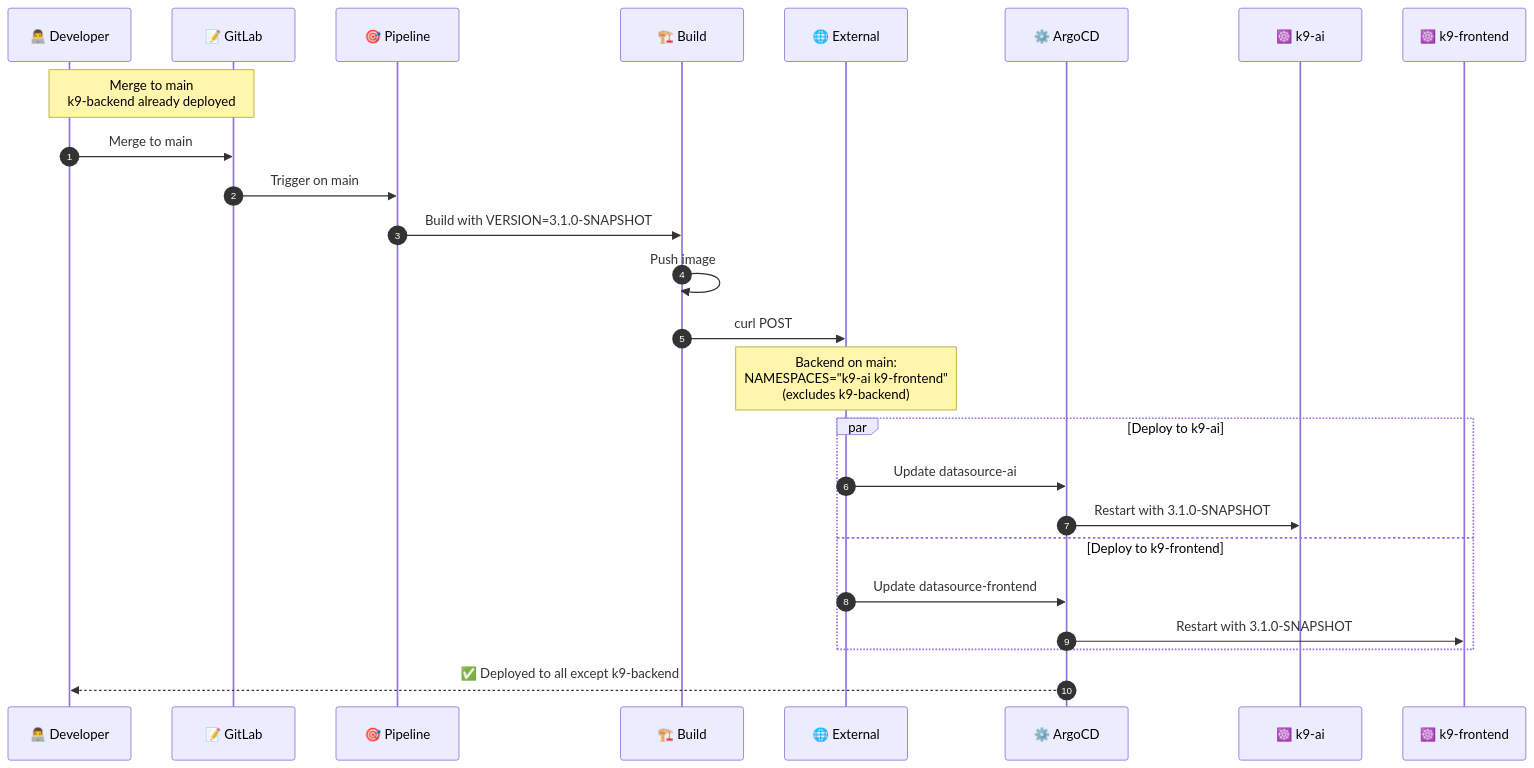
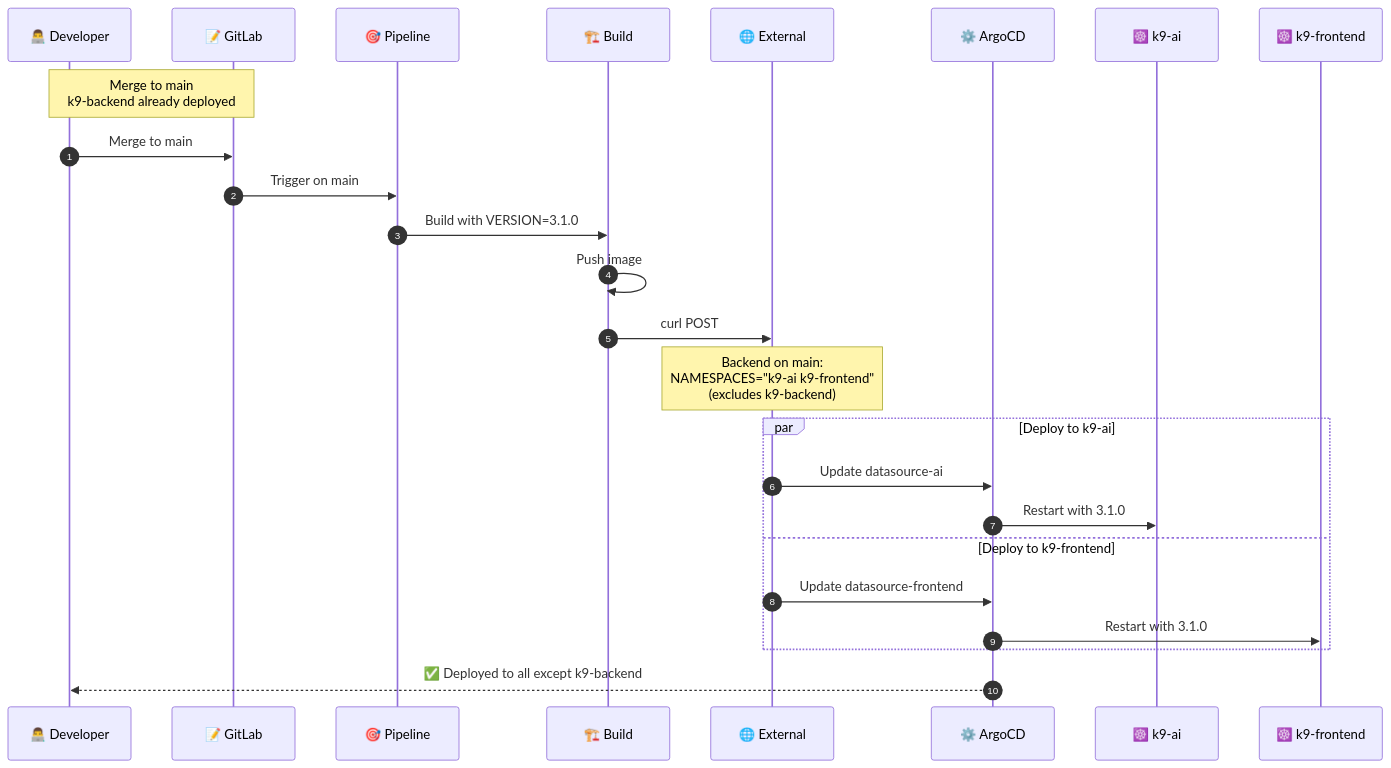
One commit to smclab/openk9 changed the sixth of 7 diagrams in .gitlab/README.md. Above: the diagram before and after it, drawn with Mermaid. The commit also changed 93 other files, not shown here.

````diff
--- a/.gitlab/README.md
+++ b/.gitlab/README.md
@@ -382,32 +382,32 @@
 ```mermaid
 sequenceDiagram
     autonumber
     participant Dev as 👨‍💻 Developer
     participant Git as 📝 GitLab
     participant Pipeline as 🎯 Pipeline
     participant Build as 🏗️ Build
     participant External as 🌐 External
     participant ArgoCD as ⚙️ ArgoCD
     participant AI as ☸️ k9-ai
     participant FE as ☸️ k9-frontend
     
     Note over Dev,Git: Merge to main<br/>k9-backend already deployed
     
     Dev->>Git: Merge to main
     Git->>Pipeline: Trigger on main
-    Pipeline->>Build: Build with VERSION=3.1.0-SNAPSHOT
+    Pipeline->>Build: Build with VERSION=3.1.0
     Build->>Build: Push image
     Build->>External: curl POST
     
     Note over External: Backend on main:<br/>NAMESPACES="k9-ai k9-frontend"<br/>(excludes k9-backend)
     
     par Deploy to k9-ai
         External->>ArgoCD: Update datasource-ai
-        ArgoCD->>AI: Restart with 3.1.0-SNAPSHOT
+        ArgoCD->>AI: Restart with 3.1.0
     and Deploy to k9-frontend
         External->>ArgoCD: Update datasource-frontend
-        ArgoCD->>FE: Restart with 3.1.0-SNAPSHOT
+        ArgoCD->>FE: Restart with 3.1.0
     end
     
     ArgoCD-->>Dev: ✅ Deployed to all except k9-backend
 ```
````
